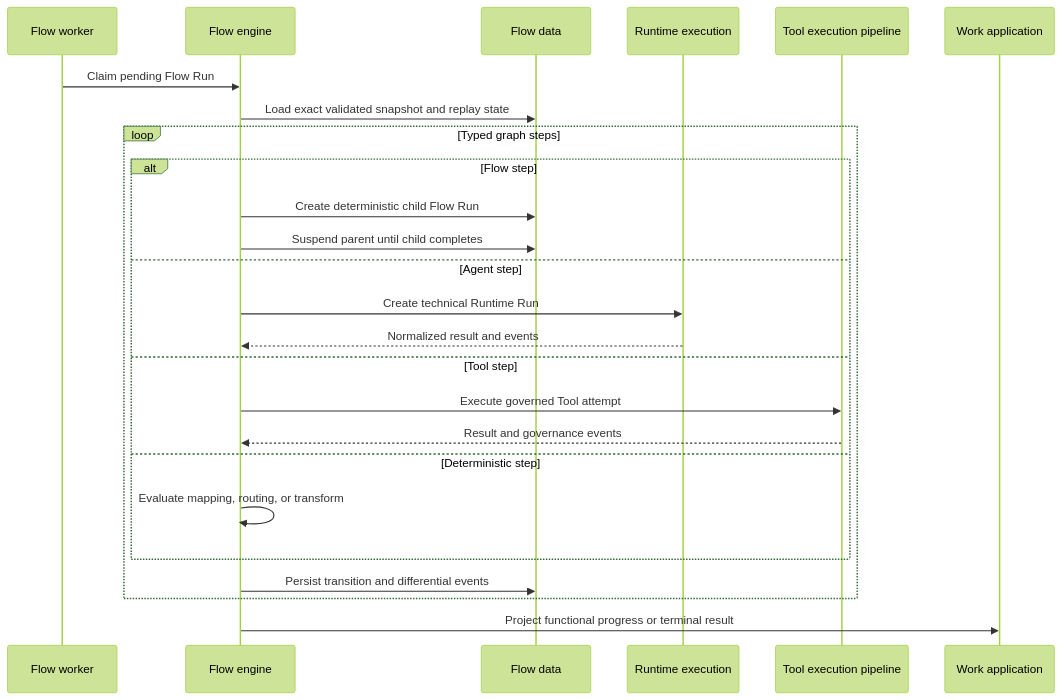
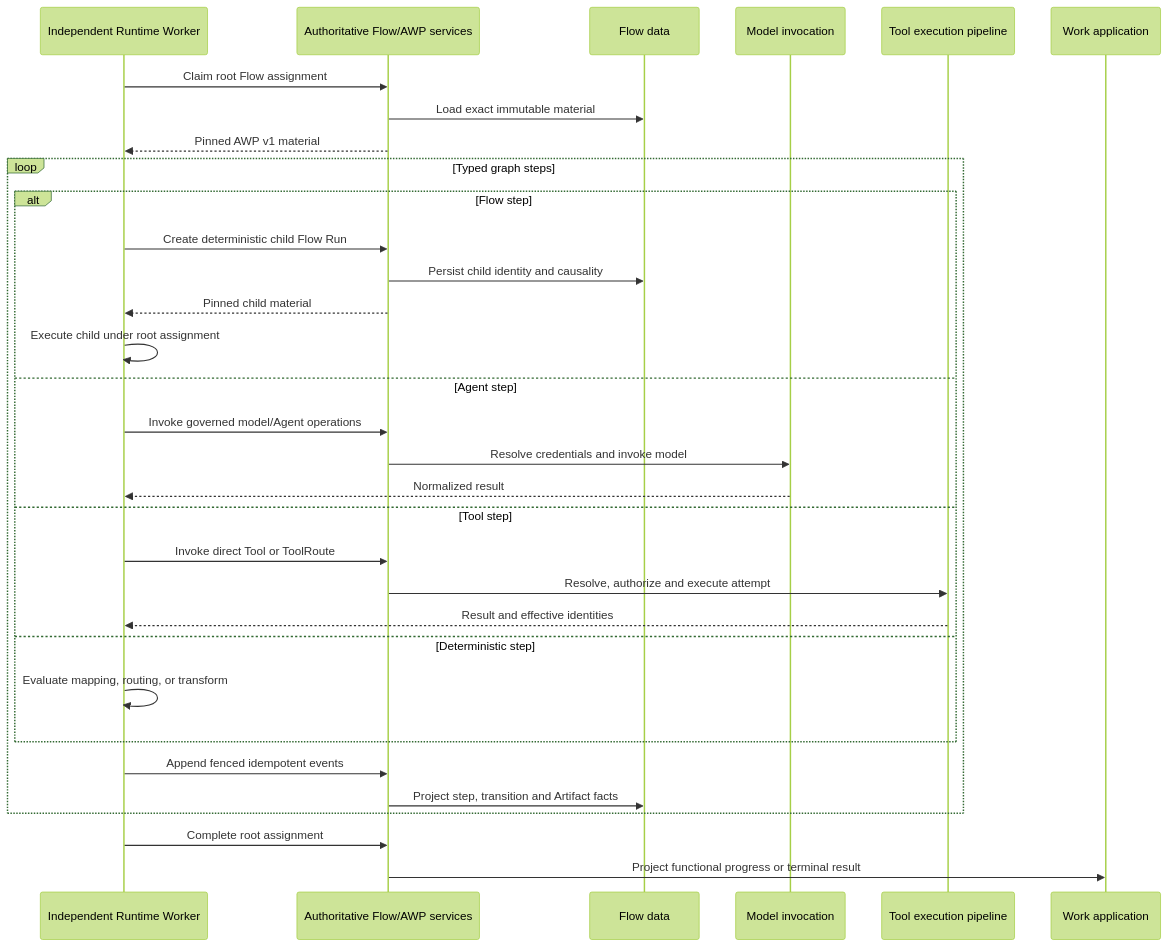
Before and after one commit to gbaudrit/agentstration: the second of 6 diagrams in docs/architecture/runtime/dynamic-views.md, drawn with Mermaid (forest theme). The commit also changed other lines of this file and 24 other files, not shown here.

Commit message:
feat(runtime): execute complete flow graphs on AWP workers

````diff
--- a/docs/architecture/runtime/dynamic-views.md
+++ b/docs/architecture/runtime/dynamic-views.md
@@ -33,27 +33,34 @@
 ```mermaid
 sequenceDiagram
-    participant Worker as Flow worker
-    participant Flow as Flow engine
+    participant Worker as Independent Runtime Worker
+    participant Flow as Authoritative Flow/AWP services
     participant FlowData as Flow data
-    participant Runtime as Runtime execution
+    participant Runtime as Model invocation
     participant Tools as Tool execution pipeline
     participant Work as Work application
-    Worker->>Flow: Claim pending Flow Run
-    Flow->>FlowData: Load exact validated snapshot and replay state
+    Worker->>Flow: Claim root Flow assignment
+    Flow->>FlowData: Load exact immutable material
+    Flow-->>Worker: Pinned AWP v1 material
     loop Typed graph steps
         alt Flow step
-            Flow->>FlowData: Create deterministic child Flow Run
-            Flow->>FlowData: Suspend parent until child completes
+            Worker->>Flow: Create deterministic child Flow Run
+            Flow->>FlowData: Persist child identity and causality
+            Flow-->>Worker: Pinned child material
+            Worker->>Worker: Execute child under root assignment
         else Agent step
-            Flow->>Runtime: Create technical Runtime Run
-            Runtime-->>Flow: Normalized result and events
+            Worker->>Flow: Invoke governed model/Agent operations
+            Flow->>Runtime: Resolve credentials and invoke model
+            Runtime-->>Worker: Normalized result
         else Tool step
-            Flow->>Tools: Execute governed Tool attempt
-            Tools-->>Flow: Result and governance events
+            Worker->>Flow: Invoke direct Tool or ToolRoute
+            Flow->>Tools: Resolve, authorize and execute attempt
+            Tools-->>Worker: Result and effective identities
         else Deterministic step
-            Flow->>Flow: Evaluate mapping, routing, or transform
+            Worker->>Worker: Evaluate mapping, routing, or transform
         end
-        Flow->>FlowData: Persist transition and differential events
+        Worker->>Flow: Append fenced idempotent events
+        Flow->>FlowData: Project step, transition and Artifact facts
     end
+    Worker->>Flow: Complete root assignment
     Flow->>Work: Project functional progress or terminal result
 ```
````
